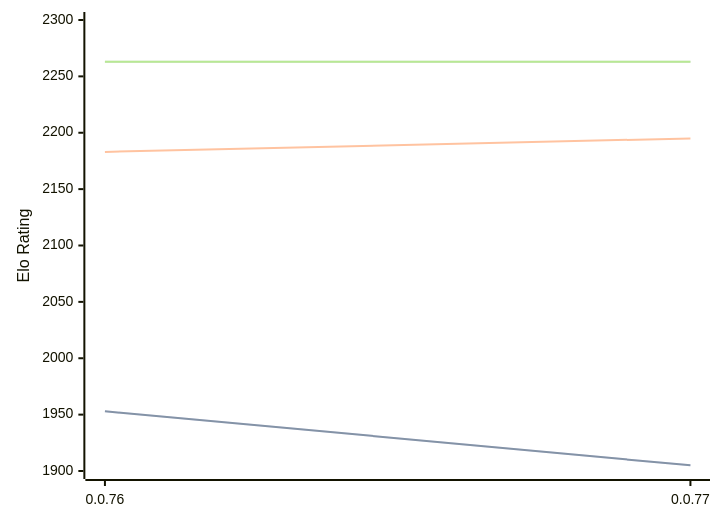
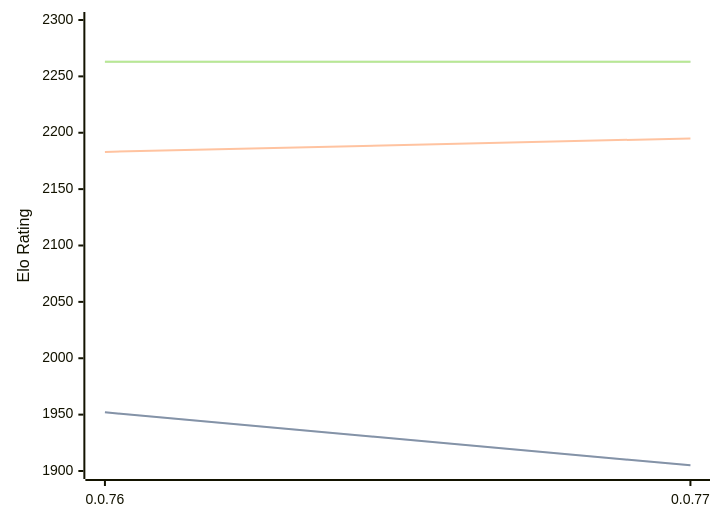
One commit to computer-chess-index/cci changed the diagram in engines/Fktb.md. Above: the diagram before and after it, drawn with Mermaid. The commit also changed other lines of this file, not shown here.

````diff
--- a/engines/Fktb.md
+++ b/engines/Fktb.md
@@ -30,11 +30,11 @@
 ```mermaid
 %%{init: {"theme":"base","themeVariables":{"seriesColors:['#a3a3a3','#222221','#faa371']}}}%%
 xychart-beta
   x-axis ["0.0.76", "0.0.77"]
   y-axis "Elo Rating" 1900 --> 2300
-  line "STC (8.0+0.08s)" [1953, 1905]
-  line "STC (8.0+0.08s)" [1953, 1905]
+  line "STC (8.0+0.08s)" [1952, 1905]
+  line "STC (8.0+0.08s)" [1952, 1905]
   line "LTC (60.0+0.60s)" [2183, 2195]
   line "VLTC (2m24s+1.12s)" [2263, 2263]
   line "VLTC (2m24s+1.12s)" [2263, 2263]
 ```
````
